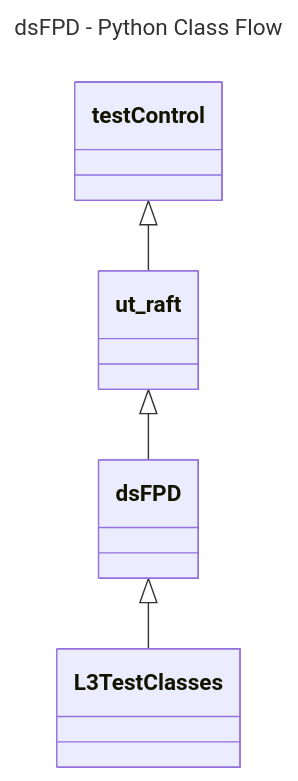
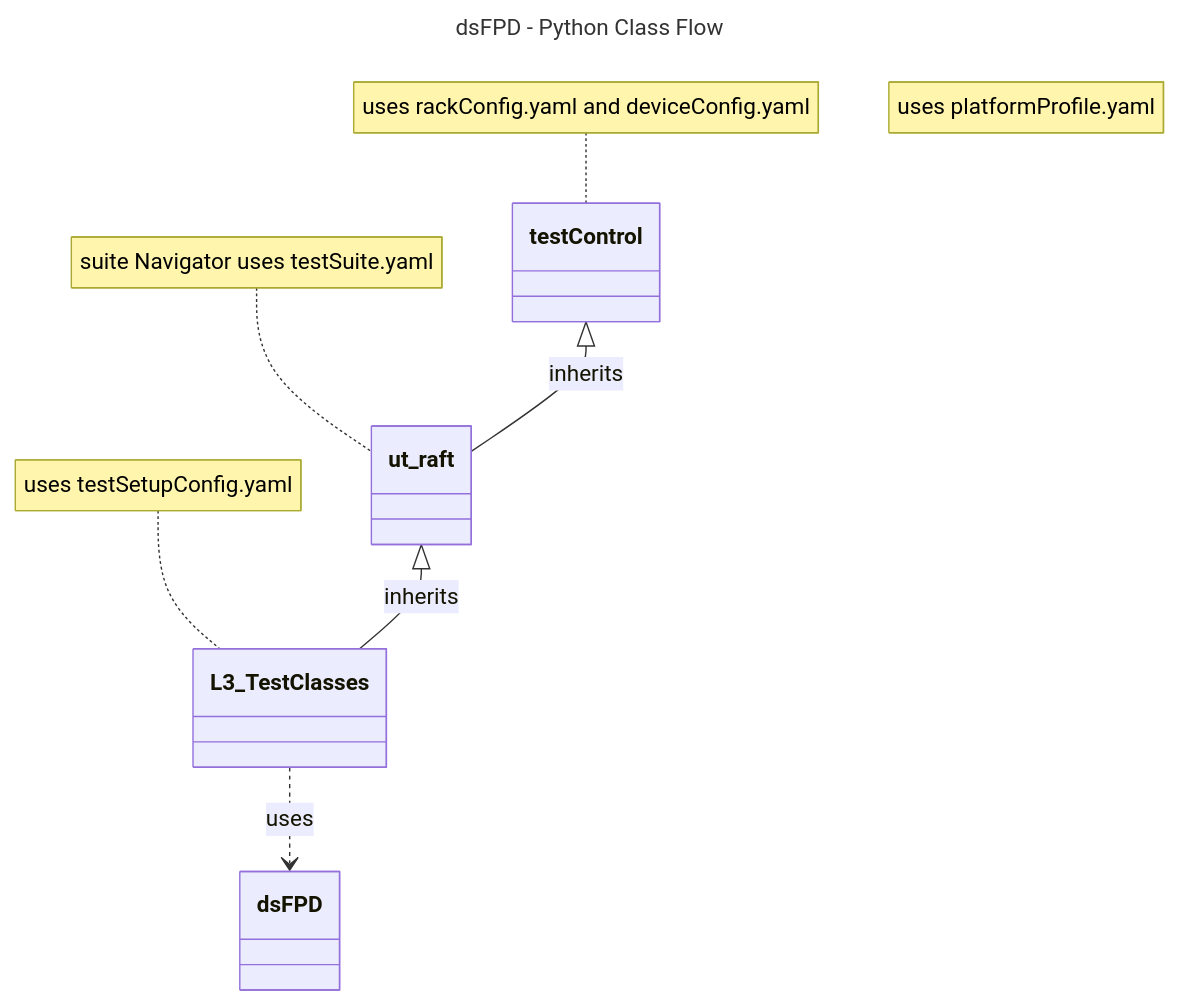
The diagram in docs/pages/dsFPD/ds-front-panel-display_L3_Low-Level_TestSpecification.md (rdkcentral/rdk-halif-test-device_settings), drawn with Mermaid before and after one commit. The commit also changed other lines of this file, not shown here.

First line of the commit message:
gh #175 FPD L{yhton L3 low level spec

````diff
--- a/docs/pages/dsFPD/ds-front-panel-display_L3_Low-Level_TestSpecification.md
+++ b/docs/pages/dsFPD/ds-front-panel-display_L3_Low-Level_TestSpecification.md
@@ -45,11 +45,15 @@
 ```mermaid
 ---
 title: dsFPD - Python Class Flow
 ---
 classDiagram
-    testControl <|-- ut_raft
+    testControl <|-- ut_raft : inherits
     class ut_raft{
     }
-    ut_raft <|-- dsFPD
-    dsFPD <|-- L3TestClasses
+    ut_raft <|-- L3_TestClasses : inherits
+    L3_TestClasses ..> dsFPD : uses
+    note for testControl "uses rackConfig.yaml and deviceConfig.yaml"
+    note for dsAudio "uses platformProfile.yaml"
+    note for L3_TestClasses "uses testSetupConfig.yaml"
+    note for ut_raft "suite Navigator uses testSuite.yaml"
 ```
````
